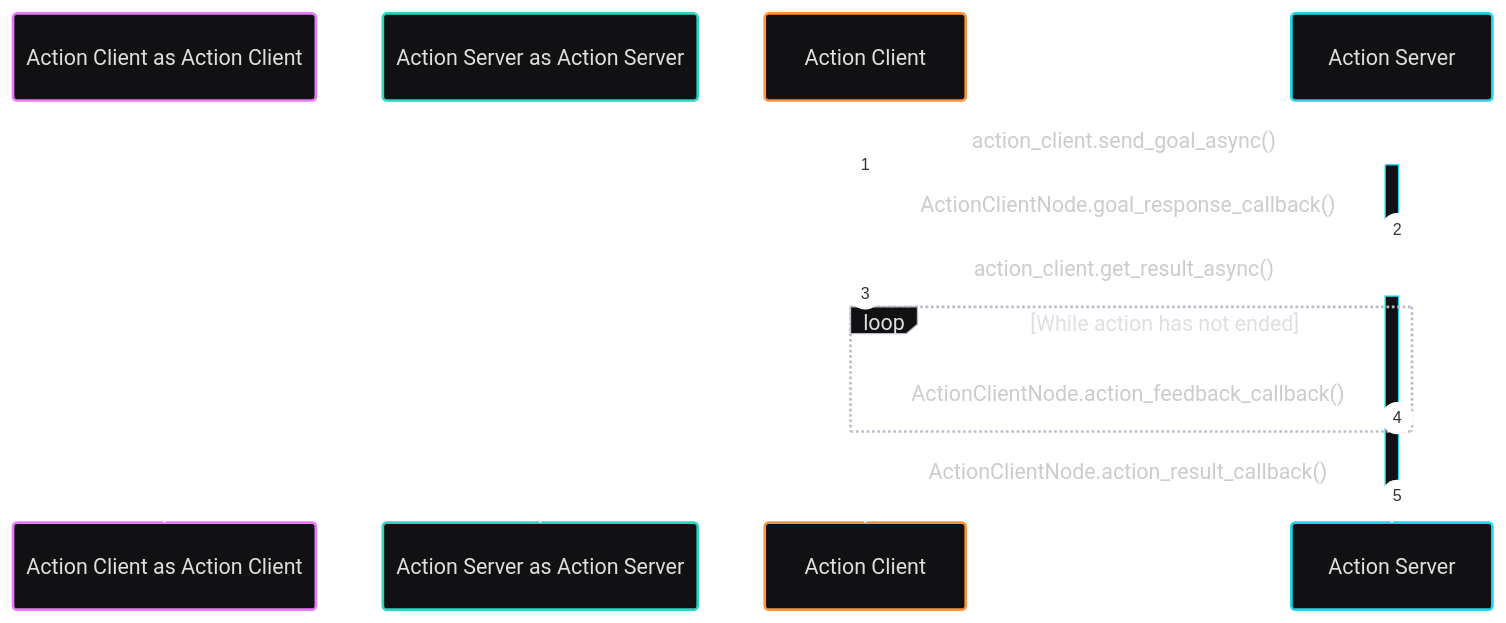
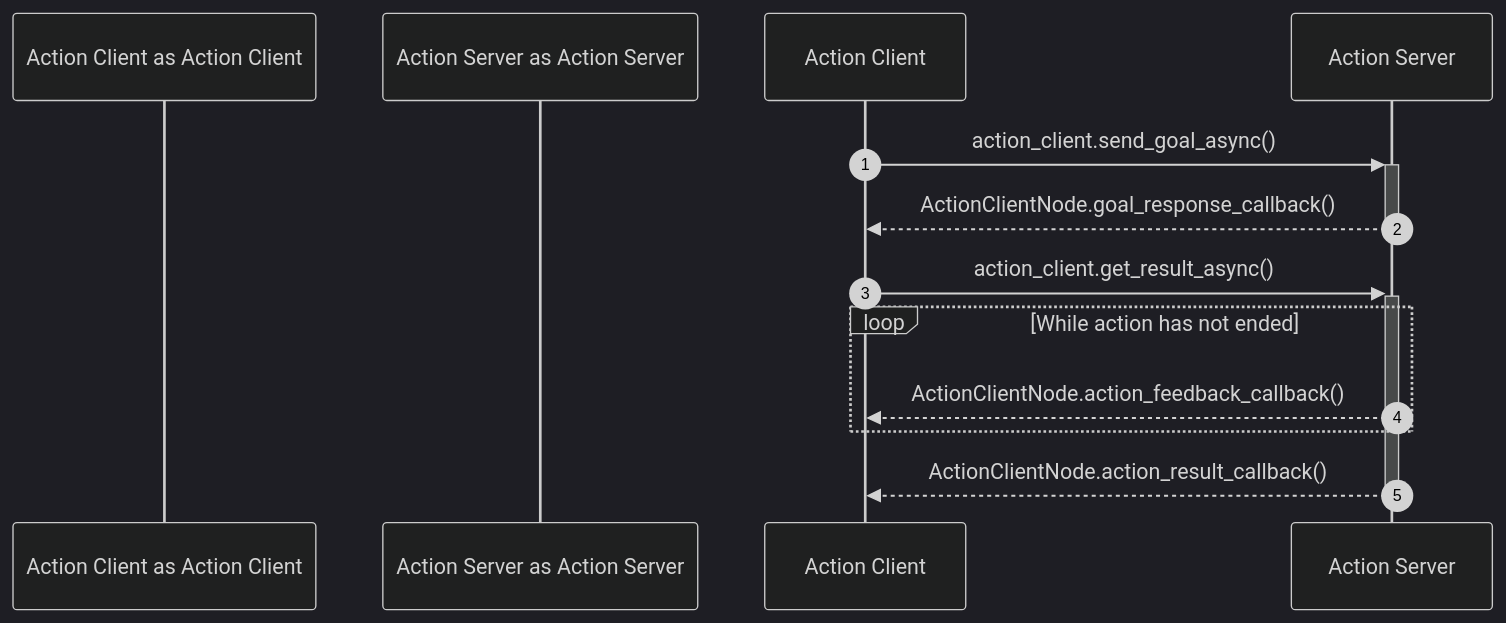
One commit to mmmarinho/ROS2_Tutorial changed the diagram in docs/source/action_clients.rst. Above: the diagram before and after it, drawn with Mermaid. The commit also changed 1 other file, not shown here.

Commit message:
[mermaid] Minor changes.

```diff
--- a/docs/source/action_clients.rst
+++ b/docs/source/action_clients.rst
@@ -24,14 +24,14 @@
 .. mermaid::
 
-    %%{init: { "theme" : "redux-dark-color" }}%%
+    %%{init: { "theme" : "dark" }}%%
     sequenceDiagram
       participant Action Client as Action Client
       participant Action Server as Action Server
       autonumber
       Action Client ->>+ Action Server: action_client.send_goal_async()
       Action Server -->>- Action Client: ActionClientNode.goal_response_callback()
       Action Client ->>+ Action Server: action_client.get_result_async()
       loop While action has not ended
         Action Server -->> Action Client: ActionClientNode.action_feedback_callback()
       end
       Action Server -->>- Action Client: ActionClientNode.action_result_callback()
```
